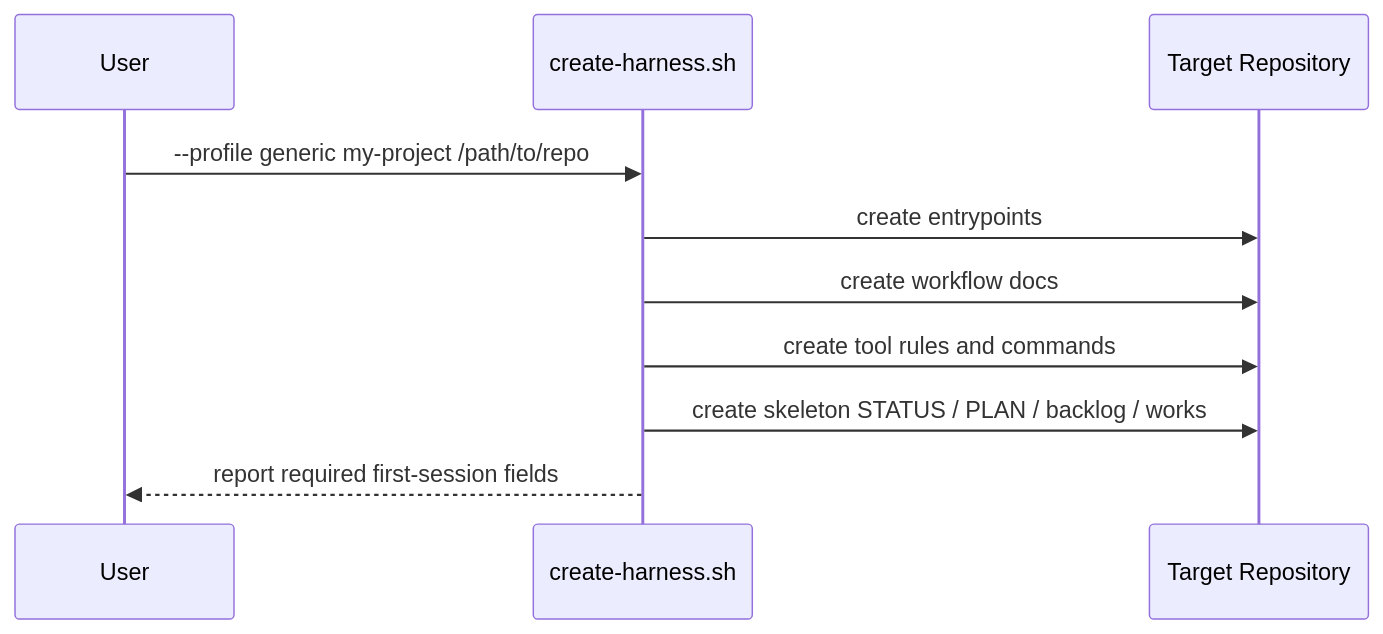
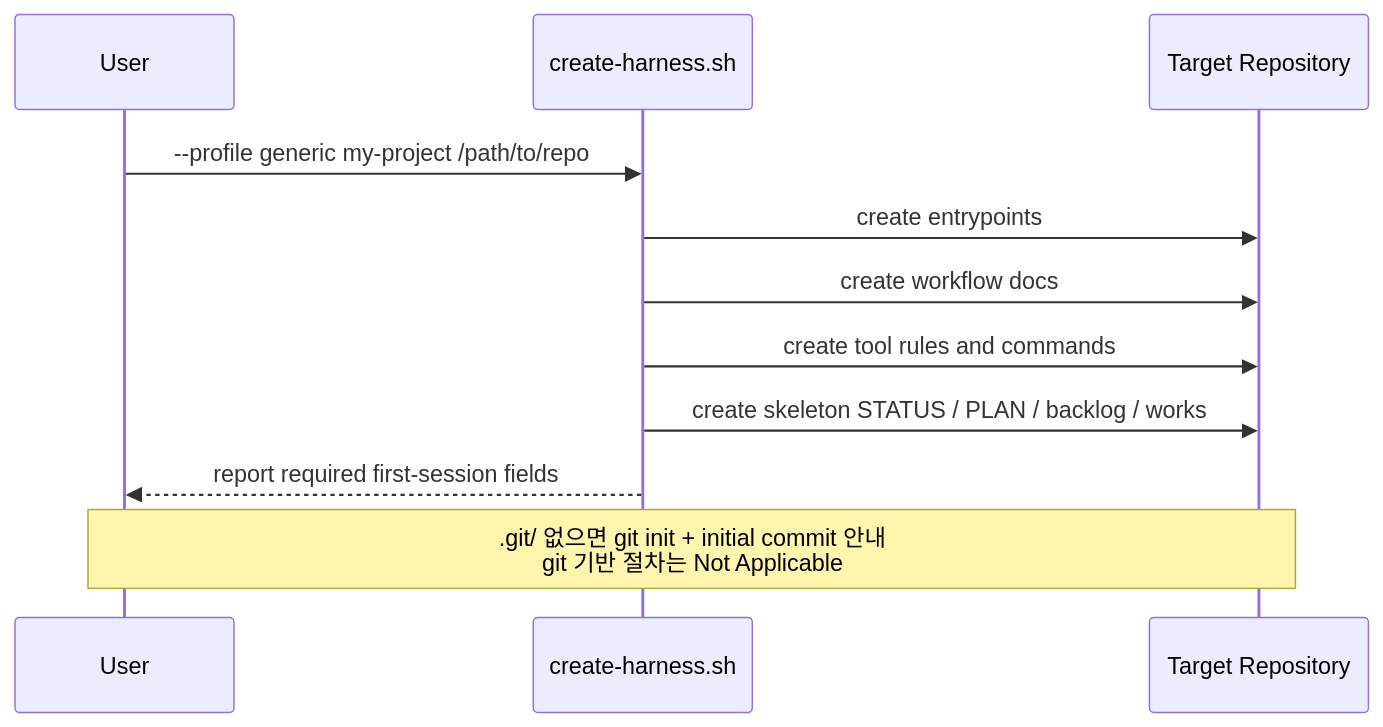
One commit to kyungseo/ai-workflow-harness changed the fifth of 6 diagrams in docs/HARNESS-STRUCTURE.md. Above: the diagram before and after it, drawn with Mermaid. The commit also changed other lines of this file, not shown here.

First line of the commit message:
docs: HARNESS-STRUCTURE §6 Scaffold Flow에 git bootstrap + onboarding gate 반영

````diff
--- a/docs/HARNESS-STRUCTURE.md
+++ b/docs/HARNESS-STRUCTURE.md
@@ -138,13 +140,14 @@
 ```mermaid
 sequenceDiagram
     participant U as User
     participant S as create-harness.sh
     participant T as Target Repository
 
     U->>S: --profile generic my-project /path/to/repo
     S->>T: create entrypoints
     S->>T: create workflow docs
     S->>T: create tool rules and commands
     S->>T: create skeleton STATUS / PLAN / backlog / works
     S-->>U: report required first-session fields
+    Note over U,T: .git/ 없으면 git init + initial commit 안내<br/>git 기반 절차는 Not Applicable
 ```
````
